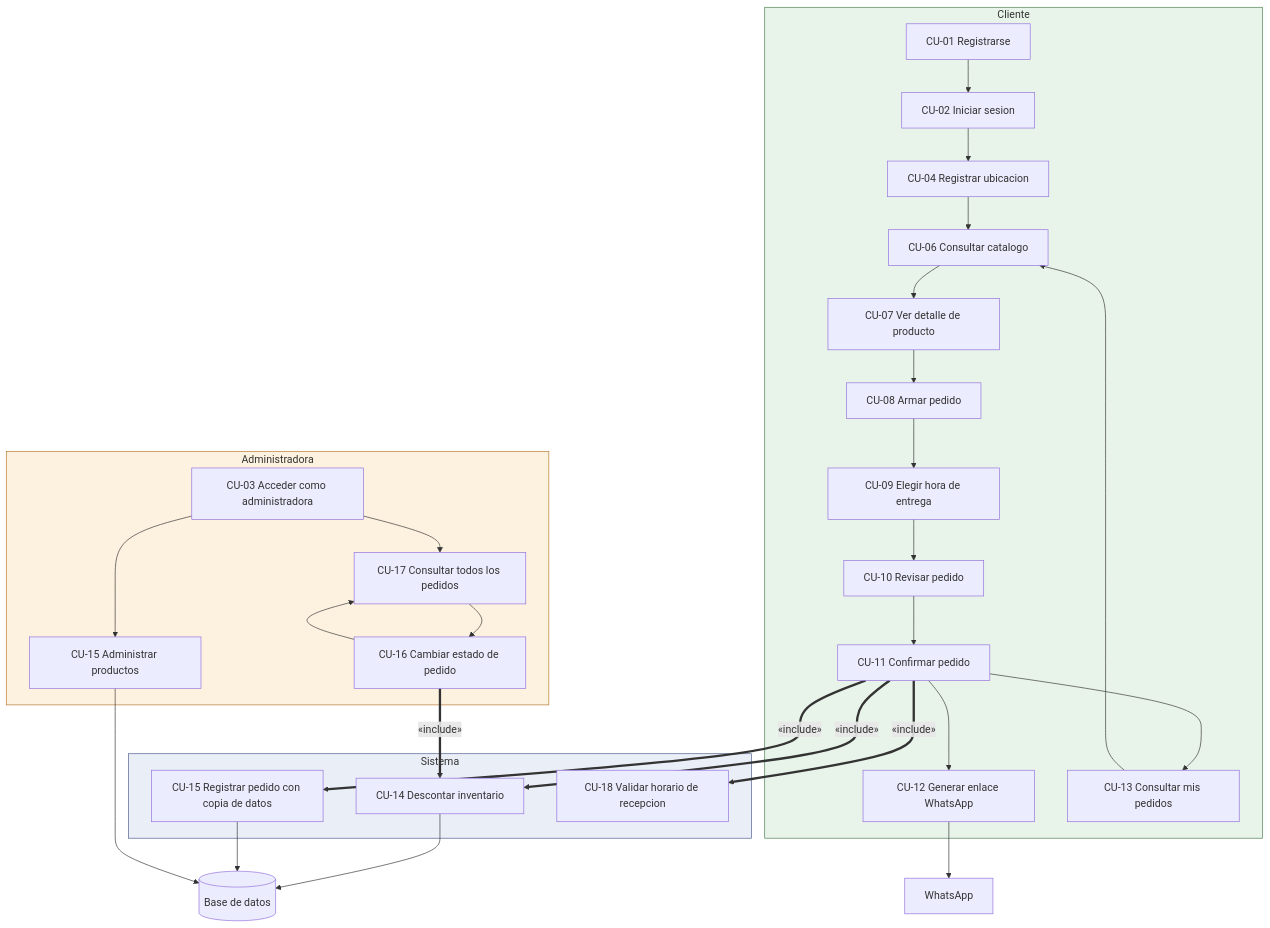
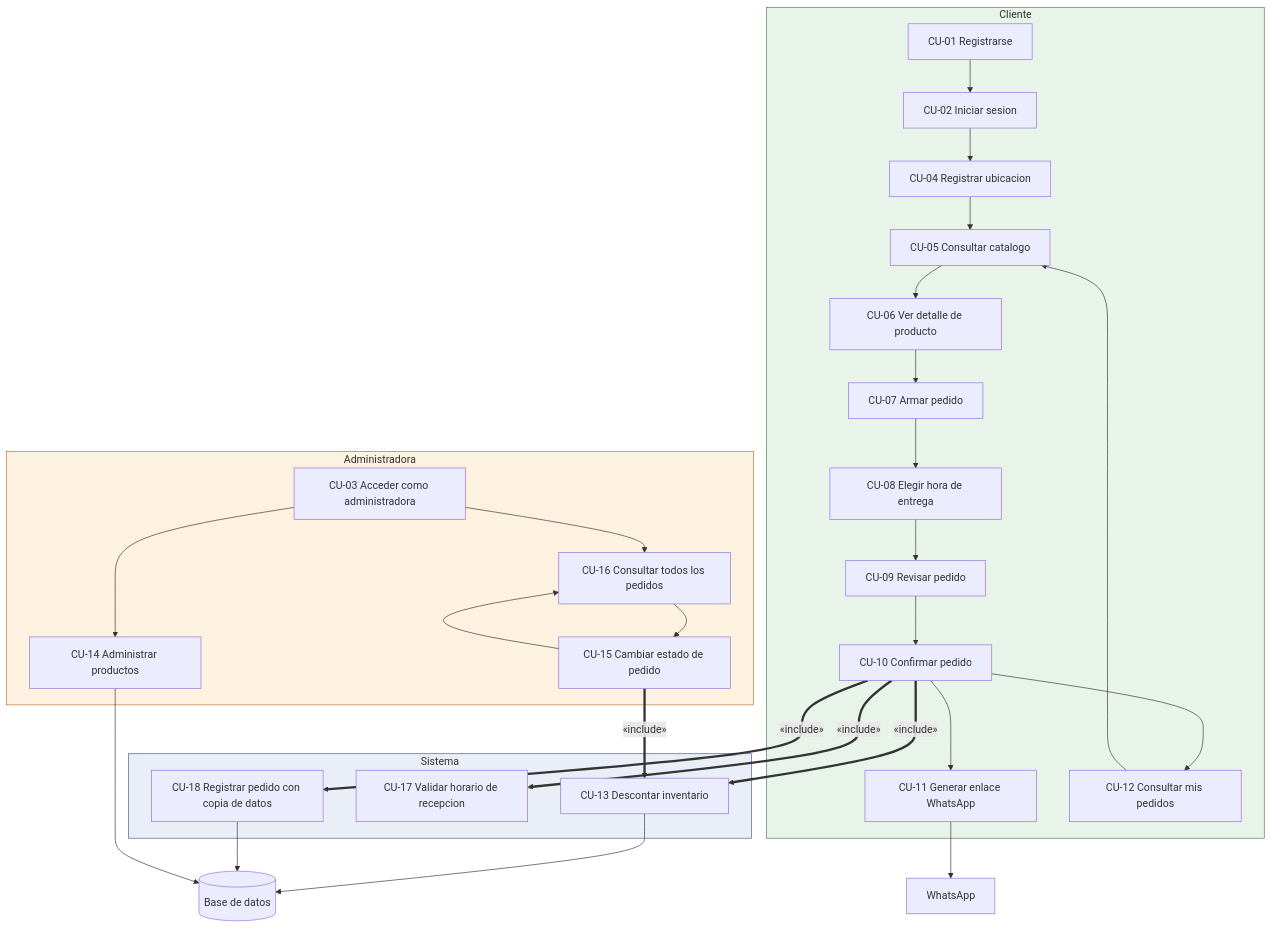
One commit to DiegoBarbosaDeveloper/MrCatFood changed the diagram in docs/casos-de-uso.md. Above: the diagram before and after it, drawn with Mermaid. The commit also changed other lines of this file and 5 other files, not shown here.

````diff
--- a/docs/casos-de-uso.md
+++ b/docs/casos-de-uso.md
@@ -23,60 +23,60 @@
 ```mermaid
 flowchart TB
     subgraph CLIENTE["Cliente"]
         CU01["CU-01 Registrarse"]
         CU02["CU-02 Iniciar sesion"]
         CU04["CU-04 Registrar ubicacion"]
-        CU06["CU-06 Consultar catalogo"]
-        CU07["CU-07 Ver detalle de producto"]
-        CU08["CU-08 Armar pedido"]
-        CU09["CU-09 Elegir hora de entrega"]
-        CU10["CU-10 Revisar pedido"]
-        CU11["CU-11 Confirmar pedido"]
-        CU12["CU-12 Generar enlace WhatsApp"]
-        CU13["CU-13 Consultar mis pedidos"]
+        CU05["CU-05 Consultar catalogo"]
+        CU06["CU-06 Ver detalle de producto"]
+        CU07["CU-07 Armar pedido"]
+        CU08["CU-08 Elegir hora de entrega"]
+        CU09["CU-09 Revisar pedido"]
+        CU10["CU-10 Confirmar pedido"]
+        CU11["CU-11 Generar enlace WhatsApp"]
+        CU12["CU-12 Consultar mis pedidos"]
     end
 
     subgraph ADMIN["Administradora"]
         CU03["CU-03 Acceder como administradora"]
-        CU15["CU-15 Administrar productos"]
-        CU16["CU-16 Cambiar estado de pedido"]
-        CU17["CU-17 Consultar todos los pedidos"]
+        CU14["CU-14 Administrar productos"]
+        CU15["CU-15 Cambiar estado de pedido"]
+        CU16["CU-16 Consultar todos los pedidos"]
     end
 
     subgraph SISTEMA["Sistema"]
-        CU14["CU-14 Descontar inventario"]
-        CU15B["CU-15 Registrar pedido con copia de datos"]
-        CU18["CU-18 Validar horario de recepcion"]
+        CU13["CU-13 Descontar inventario"]
+        CU17["CU-17 Validar horario de recepcion"]
+        CU18["CU-18 Registrar pedido con copia de datos"]
     end
 
     CU01 --> CU02
     CU02 --> CU04
-    CU04 --> CU06
+    CU04 --> CU05
+    CU05 --> CU06
     CU06 --> CU07
     CU07 --> CU08
     CU08 --> CU09
     CU09 --> CU10
     CU10 --> CU11
-    CU11 --> CU12
-    CU11 --> CU13
-    CU13 --> CU06
+    CU10 --> CU12
+    CU12 --> CU05
 
-    CU03 --> CU15
-    CU03 --> CU17
-    CU17 --> CU16
-    CU16 --> CU17
+    CU03 --> CU14
+    CU03 --> CU16
+    CU16 --> CU15
+    CU15 --> CU16
 
-    CU11 ==>|"«include»"| CU14
-    CU11 ==>|"«include»"| CU15B
-    CU11 ==>|"«include»"| CU18
-    CU16 ==>|"«include»"| CU14
+    CU10 ==>|"«include»"| CU13
+    CU10 ==>|"«include»"| CU18
+    CU10 ==>|"«include»"| CU17
+    CU15 ==>|"«include»"| CU13
 
-    CU12 --> WA["WhatsApp"]
-    CU14 --> BD[("Base de datos")]
-    CU15B --> BD
-    CU15 --> BD
+    CU11 --> WA["WhatsApp"]
+    CU13 --> BD[("Base de datos")]
+    CU18 --> BD
+    CU14 --> BD
 
     style CLIENTE fill:#e8f4ea,stroke:#4a7c4f
     style ADMIN fill:#fdf1e0,stroke:#b5762b
     style SISTEMA fill:#eaeef7,stroke:#4a5b8c
 ```
````
